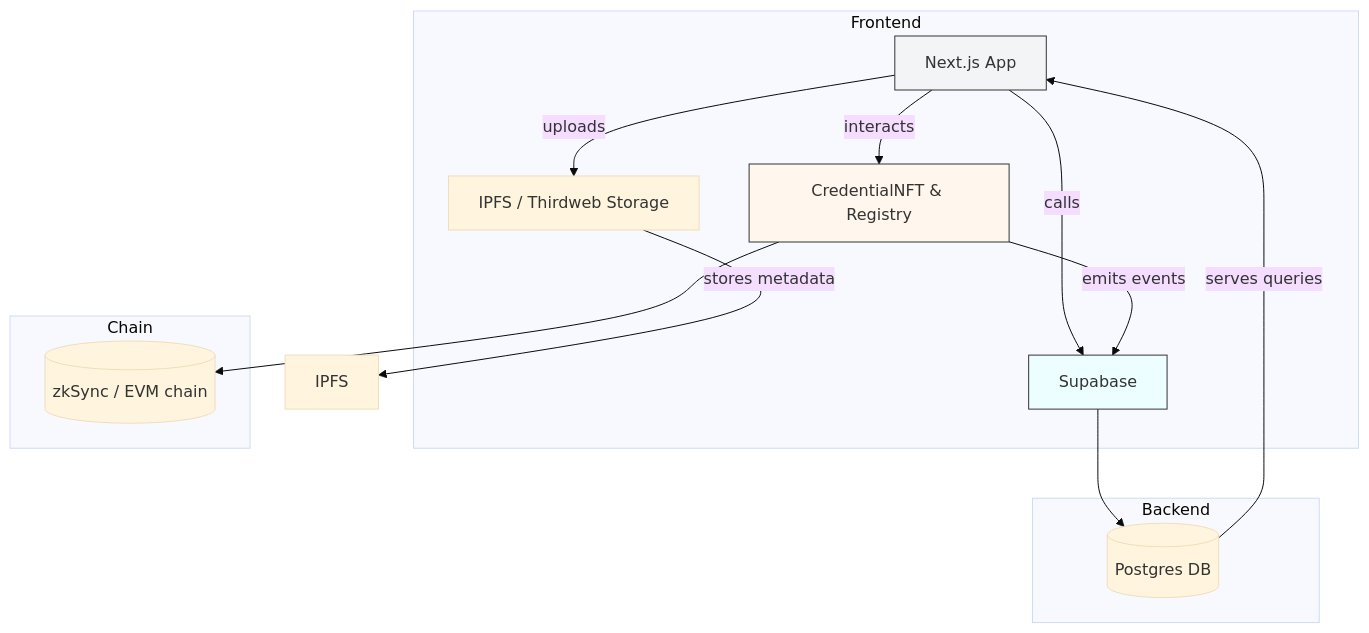
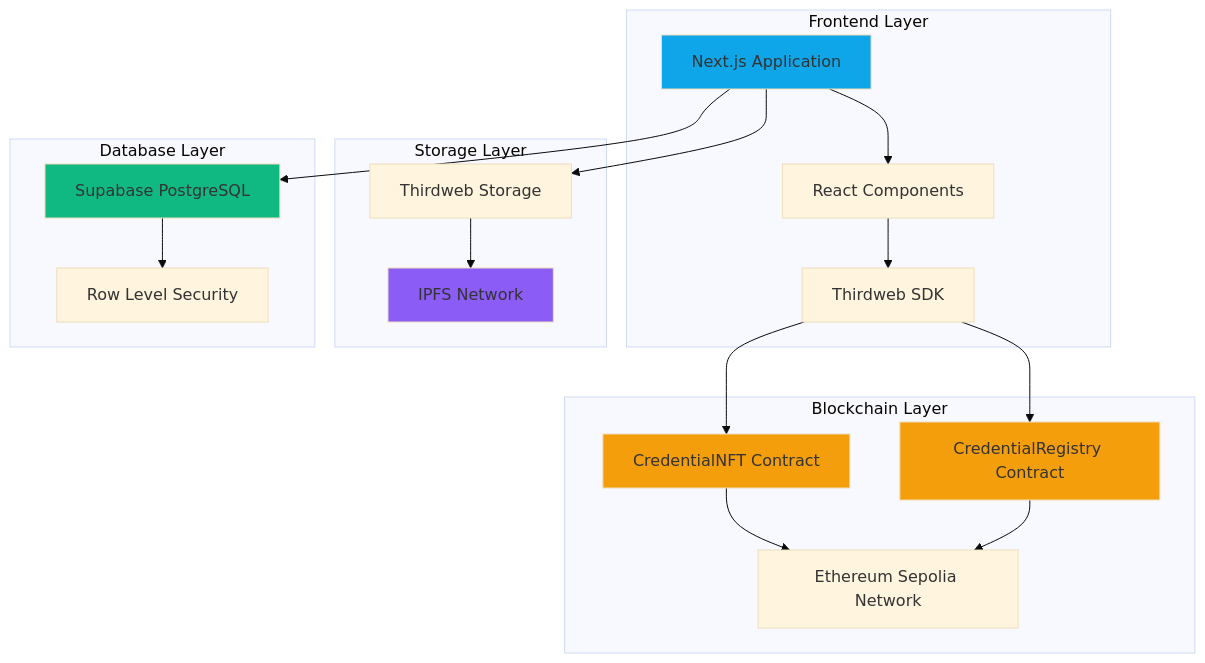
Before and after one commit to thisisouvik/Arcedia: the first of 3 diagrams in README.md, drawn with Mermaid (base theme). The commit also changed other lines of this file and 8 other files, not shown here.

````diff
--- a/README.md
+++ b/README.md
@@ -61,24 +215,41 @@
 ```mermaid
 graph TB
-  subgraph Frontend
-    A[Next.js App] -->|calls| B[Supabase API]
-    A -->|interacts| C[Smart Contracts]
-    A -->|uploads| D[IPFS / Thirdweb Storage]
-  end
-
-  subgraph Backend
-    B[Supabase] --> E[(Postgres DB)]
-  end
-
-  subgraph Chain
-    C[CredentialNFT & Registry] --> F[(zkSync / EVM chain)]
-  end
-
-  D -->|stores metadata| G[IPFS]
-  C -->|emits events| B
-  E -->|serves queries| A
-
-  style A fill:#f3f4f6,stroke:#333,stroke-width:1px
-  style C fill:#fff7ed,stroke:#333,stroke-width:1px
-  style B fill:#ecfeff,stroke:#333,stroke-width:1px
+    subgraph "Frontend Layer"
+        A[Next.js Application]
+        B[React Components]
+        C[Thirdweb SDK]
+    end
+    
+    subgraph "Blockchain Layer"
+        D[CredentialNFT Contract]
+        E[CredentialRegistry Contract]
+        F[Ethereum Sepolia Network]
+    end
+    
+    subgraph "Storage Layer"
+        G[IPFS Network]
+        H[Thirdweb Storage]
+    end
+    
+    subgraph "Database Layer"
+        I[Supabase PostgreSQL]
+        J[Row Level Security]
+    end
+    
+    A --> B
+    B --> C
+    C --> D
+    C --> E
+    D --> F
+    E --> F
+    A --> H
+    H --> G
+    A --> I
+    I --> J
+    
+    style A fill:#0ea5e9
+    style D fill:#f59e0b
+    style E fill:#f59e0b
+    style G fill:#8b5cf6
+    style I fill:#10b981
 ```
````
